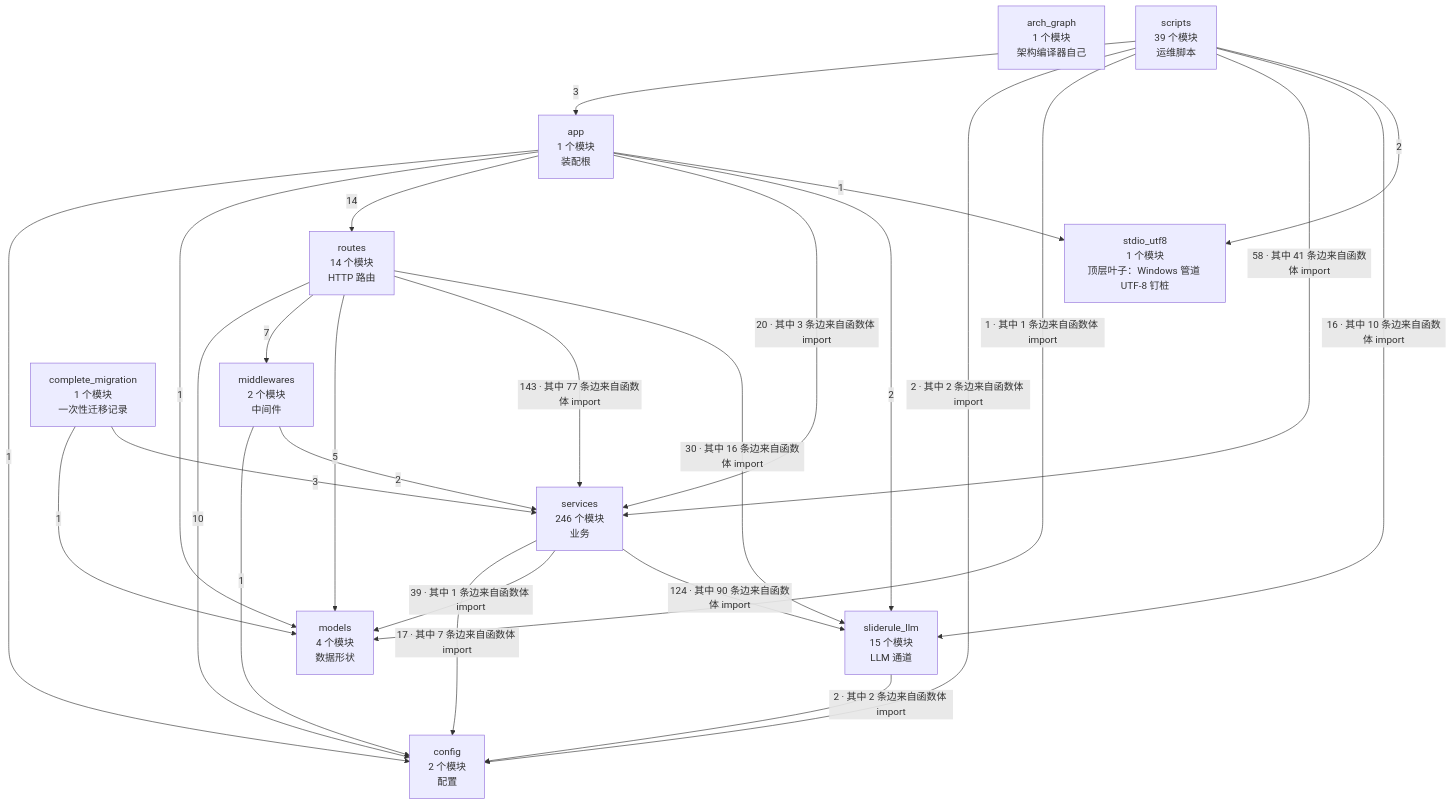
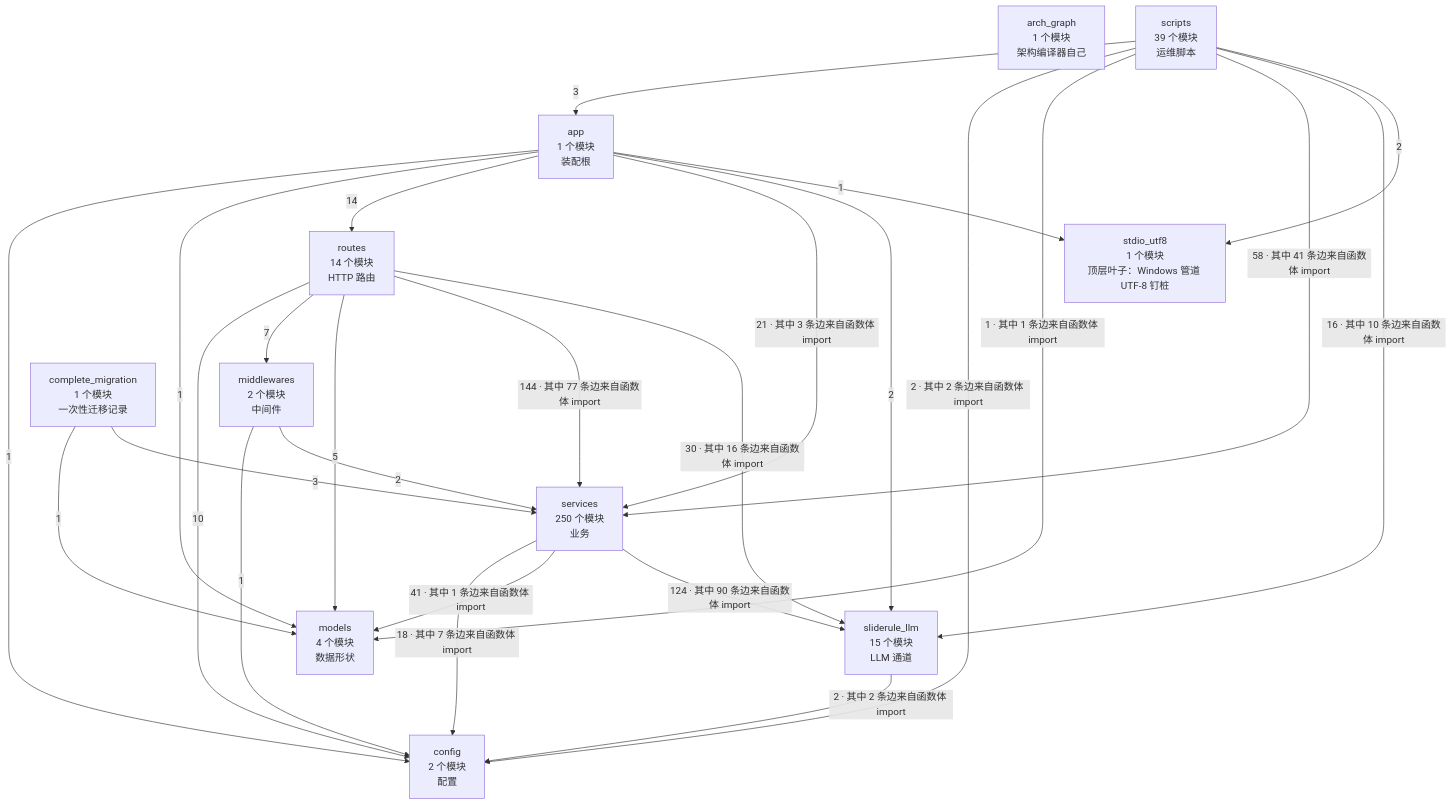
The second of 4 diagrams in docs/SlideRule V6.2 架构图（自动生成）.md (2686521696/WhyBuddy), drawn with Mermaid before and after one commit. The commit also changed other lines of this file and 49 other files, not shown here.

````diff
--- a/docs/SlideRule V6.2 架构图（自动生成）.md
+++ b/docs/SlideRule V6.2 架构图（自动生成）.md
@@ -62,39 +62,39 @@
 ```mermaid
 flowchart TB
   arch_graph["arch_graph<br/>1 个模块<br/>架构编译器自己"]
   config["config<br/>2 个模块<br/>配置"]
   models["models<br/>4 个模块<br/>数据形状"]
   stdio_utf8["stdio_utf8<br/>1 个模块<br/>顶层叶子：Windows 管道 UTF-8 钉桩"]
   sliderule_llm["sliderule_llm<br/>15 个模块<br/>LLM 通道"]
   middlewares["middlewares<br/>2 个模块<br/>中间件"]
-  services["services<br/>246 个模块<br/>业务"]
+  services["services<br/>250 个模块<br/>业务"]
   routes["routes<br/>14 个模块<br/>HTTP 路由"]
   app["app<br/>1 个模块<br/>装配根"]
   complete_migration["complete_migration<br/>1 个模块<br/>一次性迁移记录"]
   scripts["scripts<br/>39 个模块<br/>运维脚本"]
   app -->|1| config
   app -->|1| models
   app -->|14| routes
-  app -->|20 · 其中 3 条边来自函数体 import| services
+  app -->|21 · 其中 3 条边来自函数体 import| services
   app -->|2| sliderule_llm
   app -->|1| stdio_utf8
   complete_migration -->|1| models
   complete_migration -->|3| services
   middlewares -->|1| config
   middlewares -->|2| services
   routes -->|10| config
   routes -->|7| middlewares
   routes -->|5| models
-  routes -->|143 · 其中 77 条边来自函数体 import| services
+  routes -->|144 · 其中 77 条边来自函数体 import| services
   routes -->|30 · 其中 16 条边来自函数体 import| sliderule_llm
   scripts -->|3| app
   scripts -->|2 · 其中 2 条边来自函数体 import| config
   scripts -->|1 · 其中 1 条边来自函数体 import| models
   scripts -->|58 · 其中 41 条边来自函数体 import| services
   scripts -->|16 · 其中 10 条边来自函数体 import| sliderule_llm
   scripts -->|2| stdio_utf8
-  services -->|17 · 其中 7 条边来自函数体 import| config
-  services -->|39 · 其中 1 条边来自函数体 import| models
+  services -->|18 · 其中 7 条边来自函数体 import| config
+  services -->|41 · 其中 1 条边来自函数体 import| models
   services -->|124 · 其中 90 条边来自函数体 import| sliderule_llm
   sliderule_llm -->|2 · 其中 2 条边来自函数体 import| config
 ```
````
